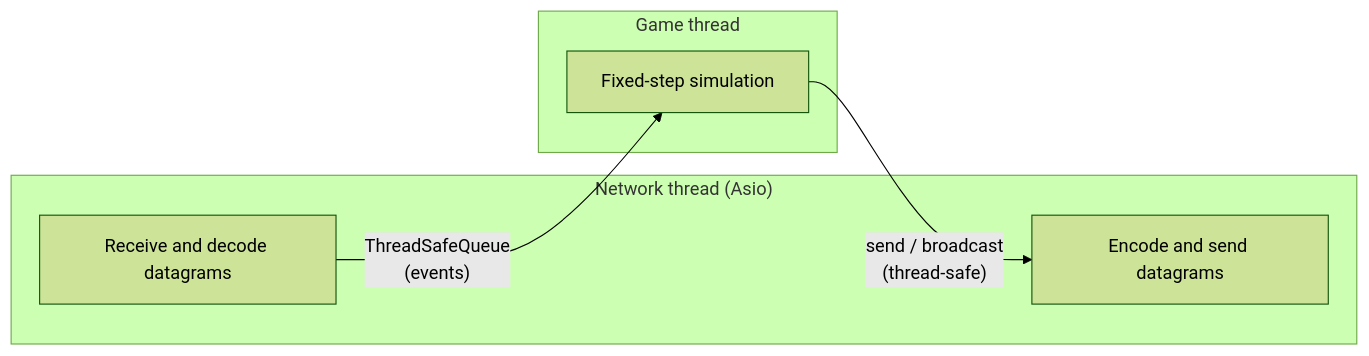
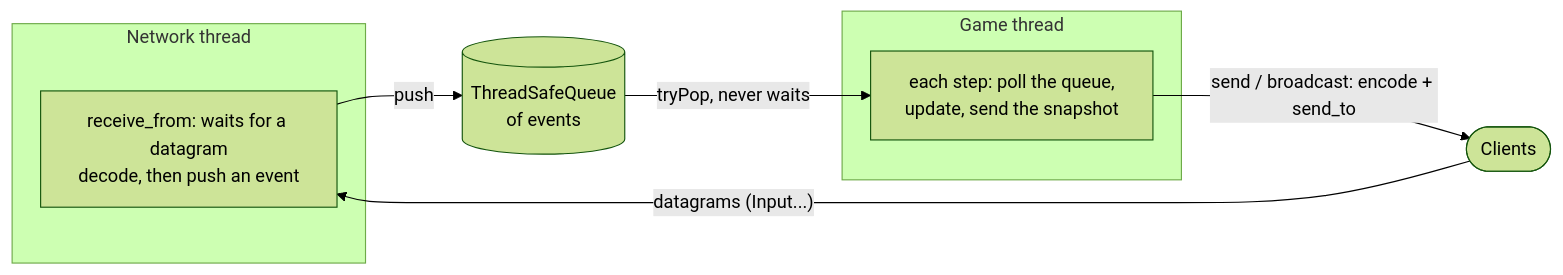
One commit to Nivek-Hyn/epitech-rtype changed the fifth of 6 diagrams in docs/architecture.md. Above: the diagram before and after it, drawn with Mermaid (forest theme). The commit also changed other lines of this file and 8 other files, not shown here.

````diff
--- a/docs/architecture.md
+++ b/docs/architecture.md
@@ -145,12 +164,15 @@
 ```mermaid
 flowchart LR
-    subgraph NetworkThread["Network thread (Asio)"]
-        Receive["Receive and decode datagrams"]
-        Transmit["Encode and send datagrams"]
+    subgraph NetworkThread["Network thread"]
+        Receive["receive_from: waits for a datagram<br/>decode, then push an event"]
     end
+    Queue[("ThreadSafeQueue<br/>of events")]
     subgraph GameThread["Game thread"]
-        Simulation["Fixed-step simulation"]
+        Simulation["each step: poll the queue,<br/>update, send the snapshot"]
     end
-    Receive -- "ThreadSafeQueue<br/>(events)" --> Simulation
-    Simulation -- "send / broadcast<br/>(thread-safe)" --> Transmit
+    Clients(["Clients"])
+    Clients -- "datagrams (Input...)" --> Receive
+    Receive -- "push" --> Queue
+    Queue -- "tryPop, never waits" --> Simulation
+    Simulation -- "send / broadcast: encode + send_to" --> Clients
 ```
````
